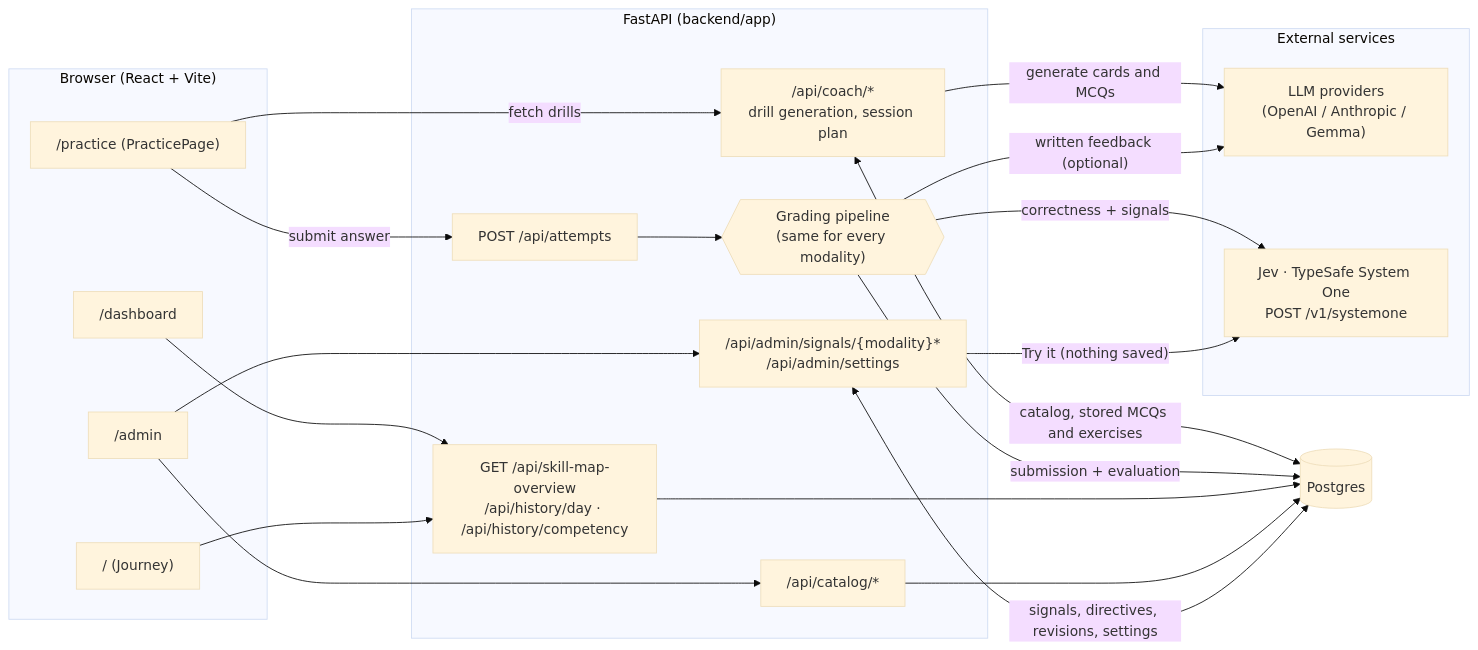
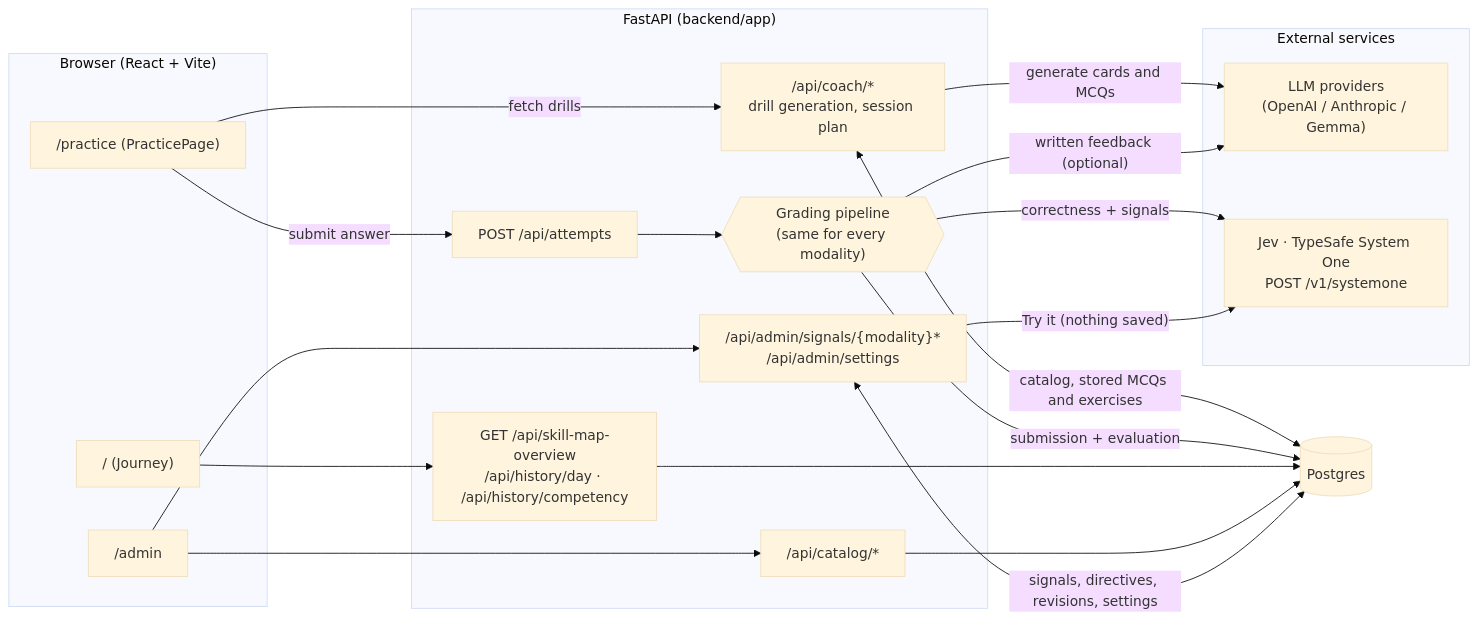
The first of 5 diagrams in docs/data-flow.md (maxmarzolf/system1), drawn with Mermaid (base theme) before and after one commit. The commit also changed other lines of this file and 49 other files, not shown here.

````diff
--- a/docs/data-flow.md
+++ b/docs/data-flow.md
@@ -7,43 +7,41 @@
 ```mermaid
 flowchart LR
   subgraph Browser["Browser (React + Vite)"]
     Practice["/practice (PracticePage)"]
-    Dashboard["/dashboard"]
     Journey["/ (Journey)"]
     Admin["/admin"]
   end
 
   subgraph API["FastAPI (backend/app)"]
     Coach["/api/coach/*<br/>drill generation, session plan"]
     Attempts["POST /api/attempts"]
     Reads["GET /api/skill-map-overview<br/>/api/history/day · /api/history/competency"]
     Catalog["/api/catalog/*"]
     AdminAPI["/api/admin/signals/{modality}*<br/>/api/admin/settings"]
     Pipeline{{"Grading pipeline<br/>(same for every modality)"}}
   end
 
   subgraph External["External services"]
     LLM["LLM providers<br/>(OpenAI / Anthropic / Gemma)"]
     Jev["Jev · TypeSafe System One<br/>POST /v1/systemone"]
   end
 
   DB[("Postgres")]
 
   Practice -->|"fetch drills"| Coach
   Coach -->|"generate cards and MCQs"| LLM
   Coach <-->|"catalog, stored MCQs and exercises"| DB
   Practice -->|"submit answer"| Attempts
   Attempts --> Pipeline
   Pipeline -->|"correctness + signals"| Jev
   Pipeline -->|"written feedback (optional)"| LLM
   Pipeline -->|"submission + evaluation"| DB
 
-  Dashboard --> Reads
   Journey --> Reads
   Reads --> DB
   Admin --> Catalog
   Catalog --> DB
   Admin --> AdminAPI
   AdminAPI <-->|"signals, directives, revisions, settings"| DB
   AdminAPI -->|"Try it (nothing saved)"| Jev
 ```
````
